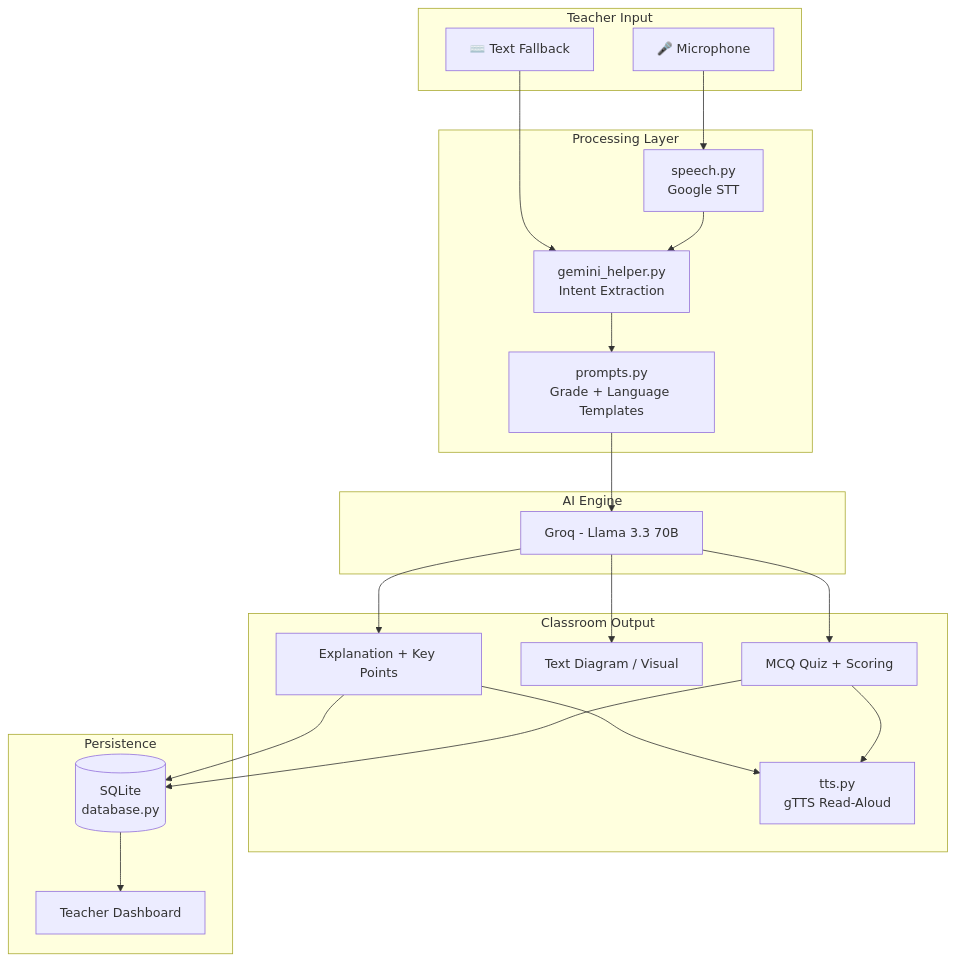
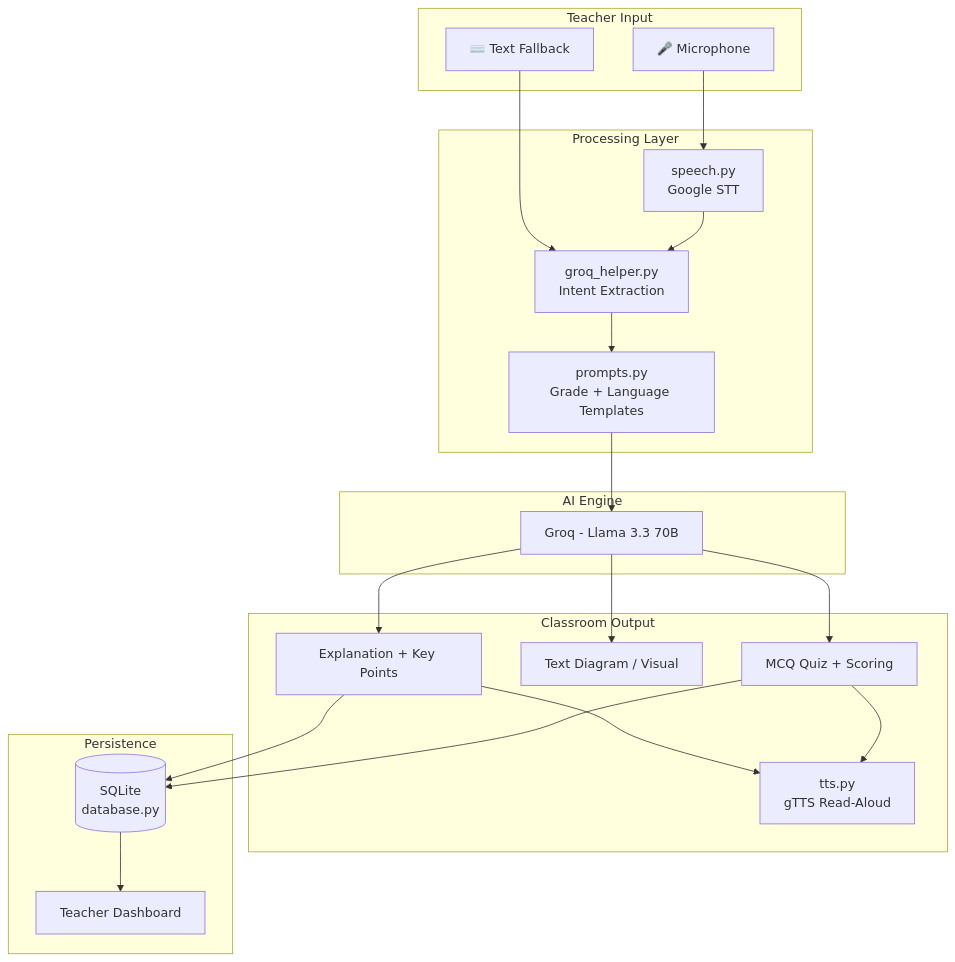
One commit to pranay-spec/Classmate-AI changed the diagram in README.md. Above: the diagram before and after it, drawn with Mermaid. The commit also changed other lines of this file and 2 other files, not shown here.

Commit message:
Rename gemini_helper.py to groq_helper.py for clarity

````diff
--- a/README.md
+++ b/README.md
@@ -34,42 +34,42 @@
 ```mermaid
 flowchart TB
     subgraph Input["Teacher Input"]
         MIC[🎤 Microphone]
         TXT[⌨️ Text Fallback]
     end
 
     subgraph Processing["Processing Layer"]
         STT[speech.py<br/>Google STT]
-        INTENT[gemini_helper.py<br/>Intent Extraction]
+        INTENT[groq_helper.py<br/>Intent Extraction]
         PROMPTS[prompts.py<br/>Grade + Language Templates]
     end
 
     subgraph AI["AI Engine"]
         GROQ[Groq - Llama 3.3 70B]
     end
 
     subgraph Output["Classroom Output"]
         EXPLAIN[Explanation + Key Points]
         DIAGRAM[Text Diagram / Visual]
         QUIZ[MCQ Quiz + Scoring]
         TTS[tts.py<br/>gTTS Read-Aloud]
     end
 
     subgraph Storage["Persistence"]
         DB[(SQLite<br/>database.py)]
         DASH[Teacher Dashboard]
     end
 
     MIC --> STT
     TXT --> INTENT
     STT --> INTENT
     INTENT --> PROMPTS --> GROQ
     GROQ --> EXPLAIN
     GROQ --> DIAGRAM
     GROQ --> QUIZ
     EXPLAIN --> TTS
     QUIZ --> TTS
     EXPLAIN --> DB
     QUIZ --> DB
     DB --> DASH
 ```
````
